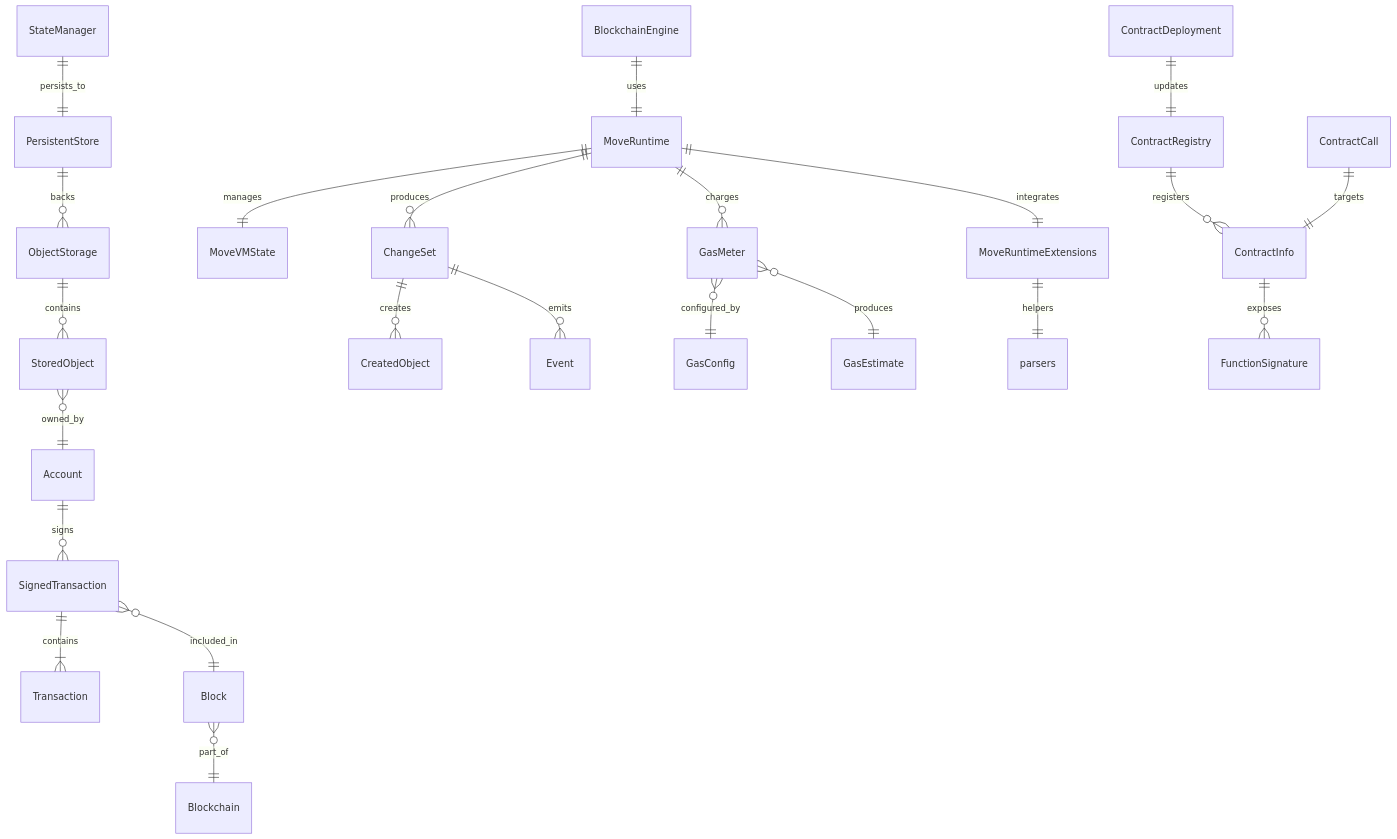
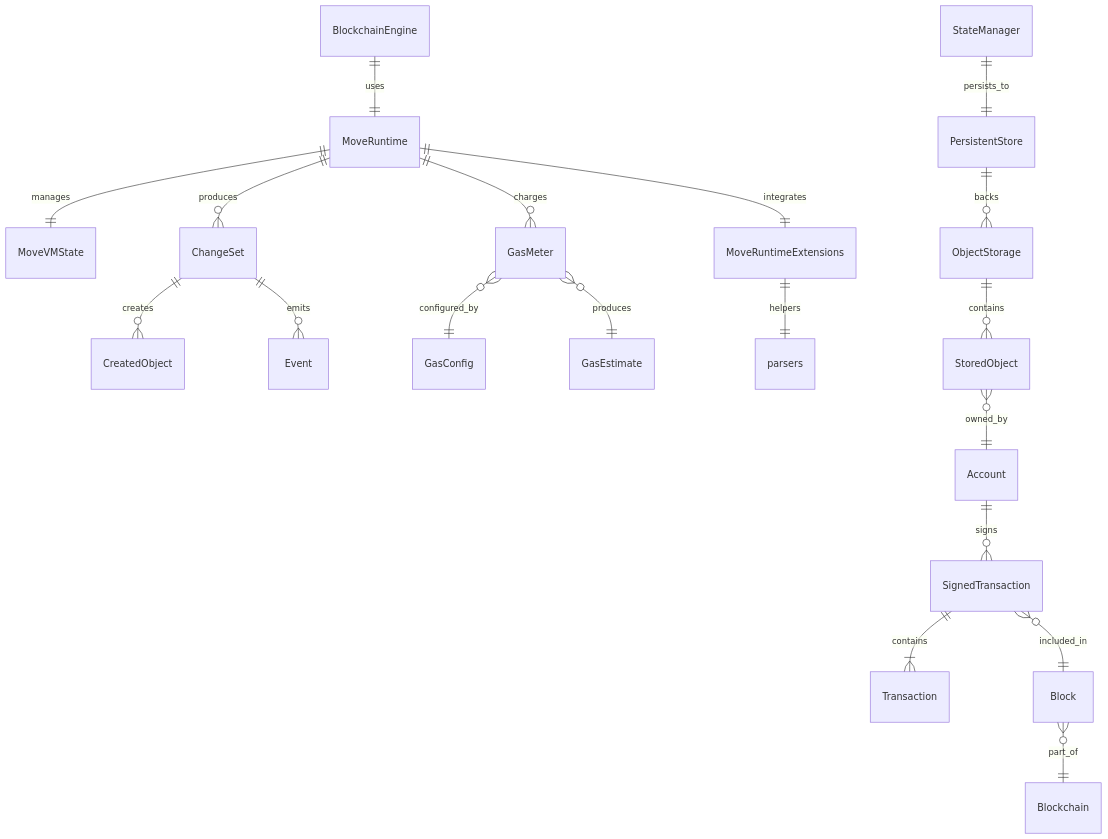
The second of 3 diagrams in crates/kanari-move-runtime/ER_DIAGRAM.md (kanari-network/kanari-sdk), drawn with Mermaid before and after one commit. The commit also changed other lines of this file and 9 other files, not shown here.

````diff
--- a/crates/kanari-move-runtime/ER_DIAGRAM.md
+++ b/crates/kanari-move-runtime/ER_DIAGRAM.md
@@ -41,32 +41,27 @@
 ```mermaid
 erDiagram
     Account ||--o{ SignedTransaction : signs
     SignedTransaction ||--|{ Transaction : contains
     SignedTransaction }o--|| Block : included_in
     Block }o--|| Blockchain : part_of
 
     BlockchainEngine ||--|| MoveRuntime : uses
     MoveRuntime ||--|| MoveVMState : manages
     MoveRuntime ||--o{ ChangeSet : produces
     ChangeSet ||--o{ CreatedObject : creates
     ChangeSet ||--o{ Event : emits
 
     StateManager ||--|| PersistentStore : persists_to
     PersistentStore ||--o{ ObjectStorage : backs
     ObjectStorage ||--o{ StoredObject : contains
     StoredObject }o--|| Account : owned_by
 
     MoveRuntime ||--o{ GasMeter : charges
     GasMeter }o--|| GasConfig : configured_by
     GasMeter }o--|| GasEstimate : produces
 
-    ContractRegistry ||--o{ ContractInfo : registers
-    ContractInfo ||--o{ FunctionSignature : exposes
-    ContractCall ||--|| ContractInfo : targets
-    ContractDeployment ||--|| ContractRegistry : updates
-
     MoveRuntime ||--|| MoveRuntimeExtensions : integrates
     MoveRuntimeExtensions ||--|| parsers : helpers
 
 %% End diagram
 ```
````
